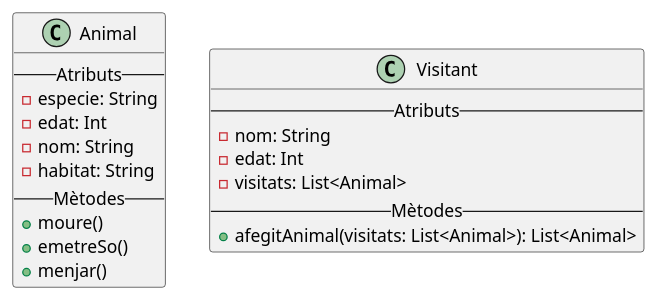
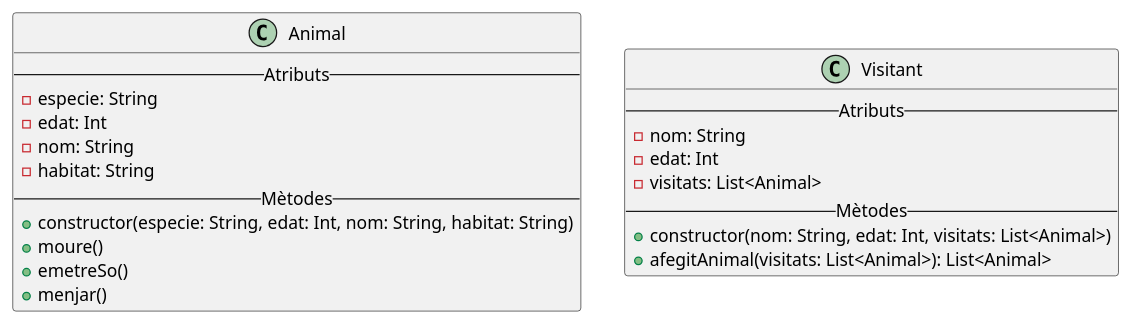
Before and after one commit to Dani-Alarcon/M5-A08-Disseny-de-diagrames-Classes-Dani-Alarcon: the diagram in src/main/kotlin/uml/Exercici2-ZooBarcelona.puml, drawn with PlantUML. The commit also changed other lines of this file and 3 other files, not shown here.

```diff
--- a/src/main/kotlin/uml/Exercici2-ZooBarcelona.puml
+++ b/src/main/kotlin/uml/Exercici2-ZooBarcelona.puml
@@ -1,25 +1,27 @@
 @startuml
 'https://plantuml.com/class-diagram
 
 class Animal {
     -- Atributs --
     - especie: String
     - edat: Int
     - nom: String
     - habitat: String
     -- Mètodes --
+    + constructor(especie: String, edat: Int, nom: String, habitat: String)
     + moure()
     + emetreSo()
     + menjar()
 }
 
 class Visitant {
     -- Atributs --
     - nom: String
     - edat: Int
     - visitats: List<Animal>
     -- Mètodes --
+    + constructor(nom: String, edat: Int, visitats: List<Animal>)
     + afegitAnimal(visitats: List<Animal>): List<Animal>
 }
 
 @enduml
```
